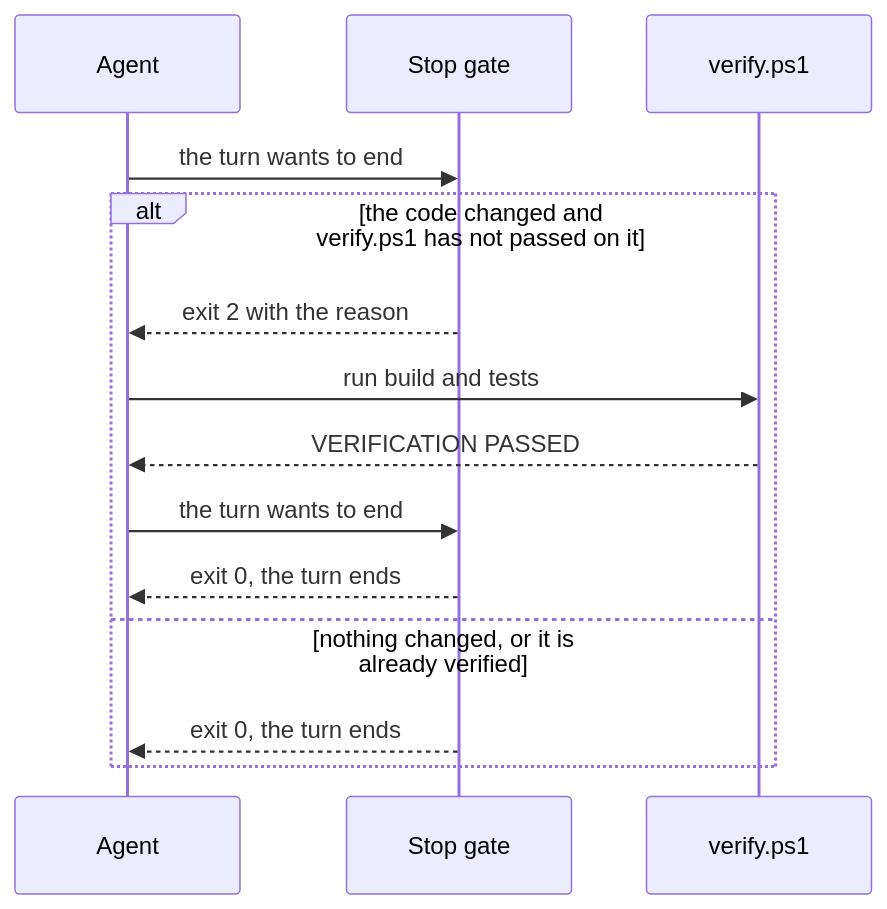
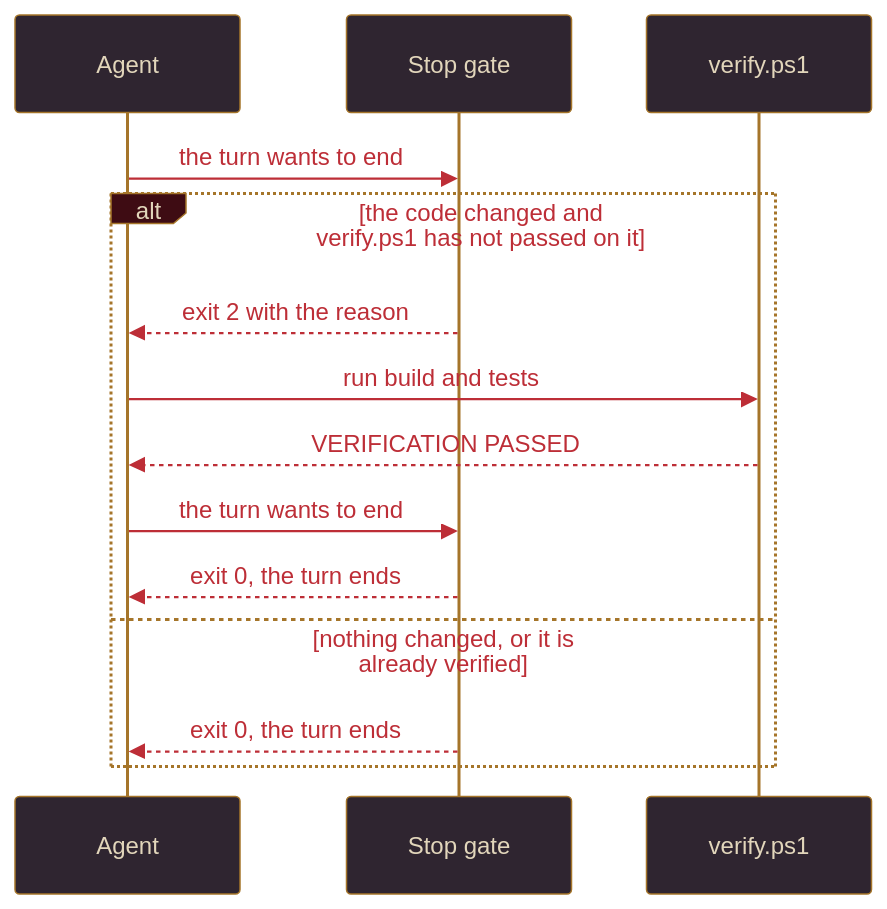
The fourth of 4 diagrams in README.md (AlfredoNeeto/tazuna), drawn with Mermaid before and after one commit. The commit also changed other lines of this file and 16 other files, not shown here.

````diff
--- a/README.md
+++ b/README.md
@@ -223,16 +217,17 @@
 ```mermaid
+%%{init: {'theme': 'base', 'themeVariables': {'primaryColor': '#2f2530', 'primaryTextColor': '#e2d6bb', 'primaryBorderColor': '#a5752a', 'lineColor': '#bd2e37', 'actorBkg': '#2f2530', 'actorBorder': '#a5752a', 'actorTextColor': '#e2d6bb', 'signalColor': '#bd2e37', 'signalTextColor': '#bd2e37', 'labelBoxBkgColor': '#3e0c13', 'labelBoxBorderColor': '#a5752a', 'labelTextColor': '#e2d6bb', 'loopTextColor': '#bd2e37', 'fontFamily': 'Georgia, serif'}}}%%
 sequenceDiagram
     participant A as Agent
     participant G as Stop gate
     participant V as verify.ps1
     A->>G: the turn wants to end
     alt the code changed and verify.ps1 has not passed on it
         G-->>A: exit 2 with the reason
         A->>V: run build and tests
         V-->>A: VERIFICATION PASSED
         A->>G: the turn wants to end
         G-->>A: exit 0, the turn ends
     else nothing changed, or it is already verified
         G-->>A: exit 0, the turn ends
     end
 ```
````
